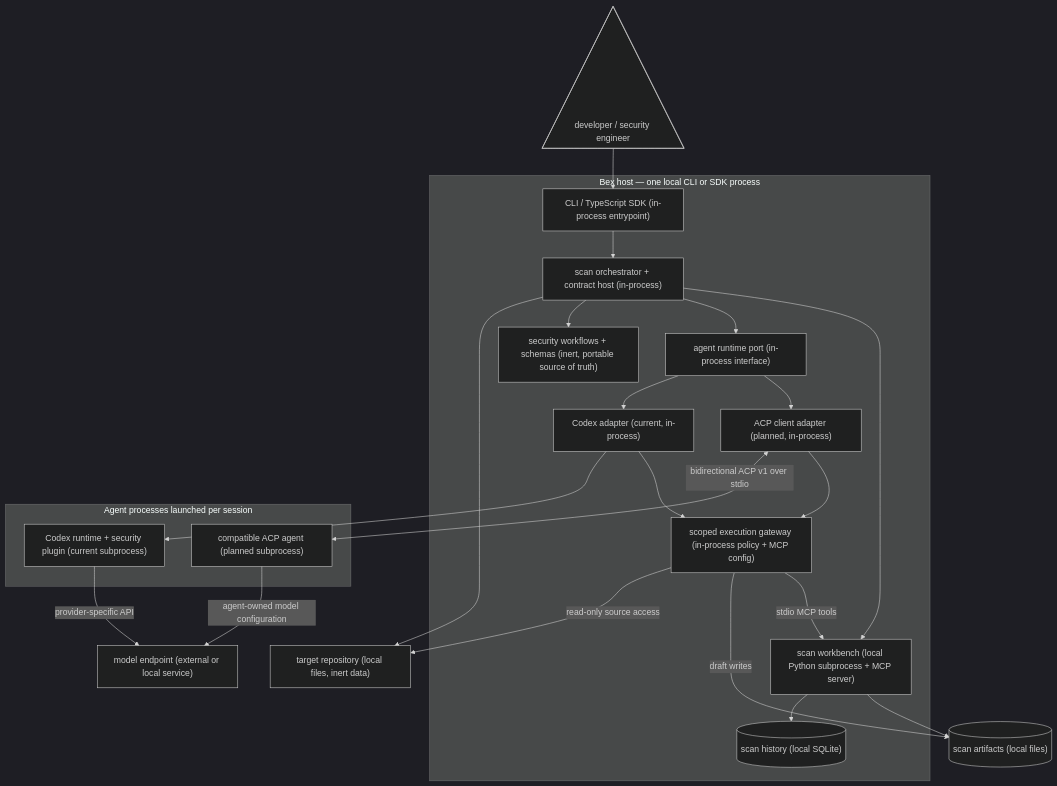
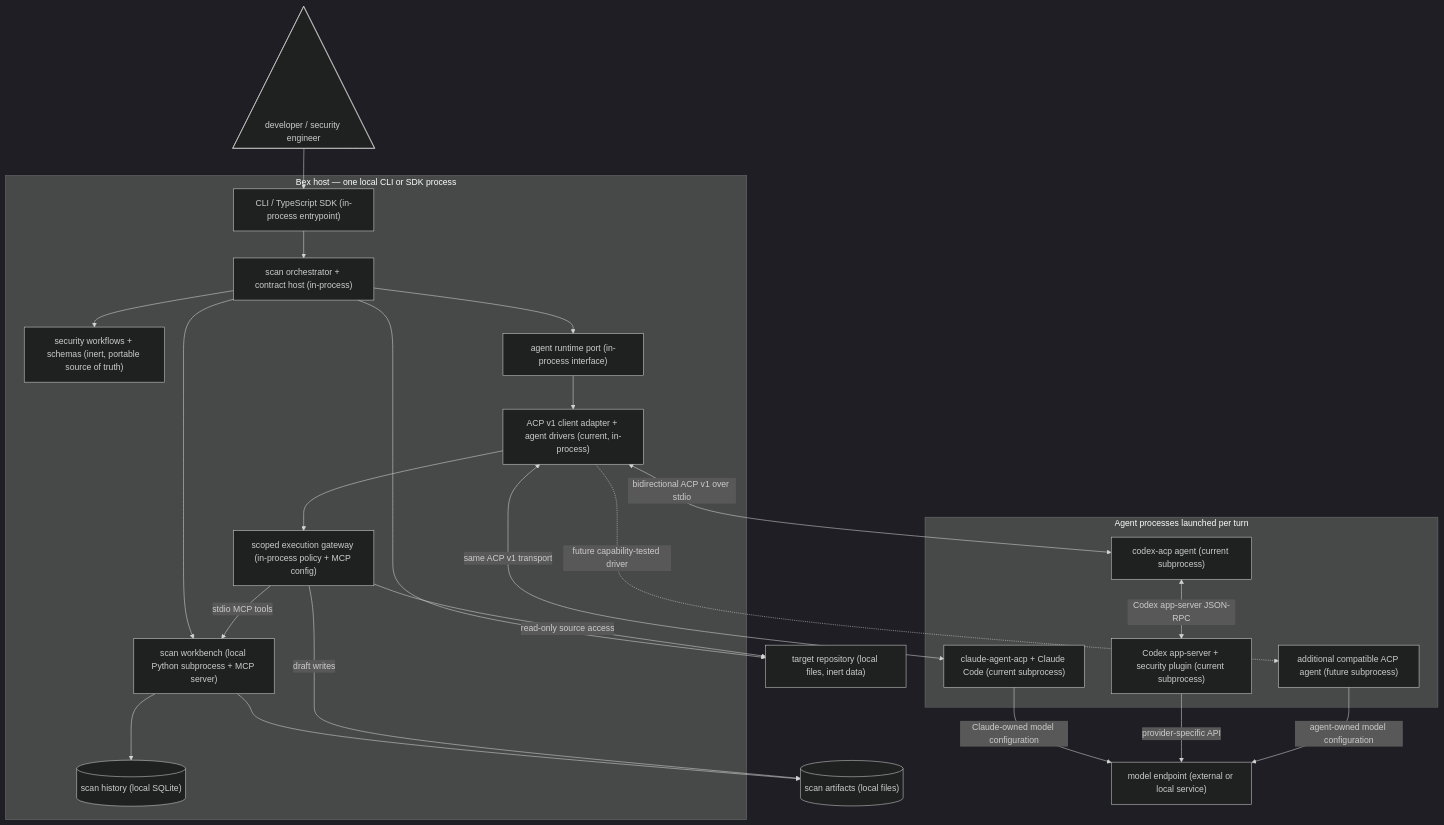
One commit to bex-co/bex-security changed the diagram in README.md. Above: the diagram before and after it, drawn with Mermaid (dark theme). The commit also changed other lines of this file and 15 other files, not shown here.

Commit message:
feat: add pluggable Codex and Claude ACP agents

````diff
--- a/README.md
+++ b/README.md
@@ -56,44 +59,46 @@
 ```mermaid
 flowchart TB
     operator@{ shape: tri, label: "developer / security engineer" }
     repo["target repository (local files, inert data)"]
     artifacts[("scan artifacts (local files)")]
     model["model endpoint (external or local service)"]
 
     subgraph host["Bex host — one local CLI or SDK process"]
         entry["CLI / TypeScript SDK (in-process entrypoint)"]
         orchestrator["scan orchestrator + contract host (in-process)"]
         workflow["security workflows + schemas (inert, portable source of truth)"]
         runtime["agent runtime port (in-process interface)"]
         workbench["scan workbench (local Python subprocess + MCP server)"]
         history[("scan history (local SQLite)")]
         gateway["scoped execution gateway (in-process policy + MCP config)"]
-        codexAdapter["Codex adapter (current, in-process)"]
-        acpAdapter["ACP client adapter (planned, in-process)"]
+        acpAdapter["ACP v1 client adapter + agent drivers (current, in-process)"]
     end
 
-    subgraph agents["Agent processes launched per session"]
-        codex["Codex runtime + security plugin (current subprocess)"]
-        acp["compatible ACP agent (planned subprocess)"]
+    subgraph agents["Agent processes launched per turn"]
+        codexAcp["codex-acp agent (current subprocess)"]
+        codex["Codex app-server + security plugin (current subprocess)"]
+        claudeAcp["claude-agent-acp + Claude Code (current subprocess)"]
+        acp["additional compatible ACP agent (future subprocess)"]
     end
 
     operator --> entry
     entry --> orchestrator
     orchestrator --> repo
     orchestrator --> workflow
     orchestrator --> runtime
     orchestrator --> workbench
     workbench --> history
     workbench --> artifacts
-    runtime --> codexAdapter
     runtime --> acpAdapter
-    codexAdapter --> codex
-    acpAdapter <-->|bidirectional ACP v1 over stdio| acp
-    codexAdapter --> gateway
+    acpAdapter <-->|bidirectional ACP v1 over stdio| codexAcp
+    acpAdapter <-->|same ACP v1 transport| claudeAcp
+    codexAcp <-->|Codex app-server JSON-RPC| codex
+    acpAdapter -.->|future capability-tested driver| acp
     acpAdapter --> gateway
     gateway -->|read-only source access| repo
     gateway -->|draft writes| artifacts
     gateway -->|stdio MCP tools| workbench
+    claudeAcp -->|Claude-owned model configuration| model
     codex -->|provider-specific API| model
     acp -->|agent-owned model configuration| model
 ```
````
